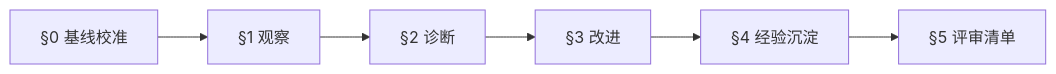
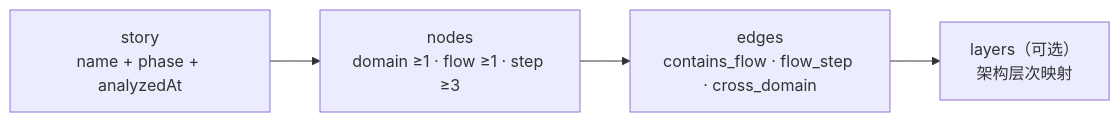
The sixth of 7 diagrams in skills/rui/formulas.md (effiy/YrY), drawn with Mermaid before and after one commit. The commit also changed other lines of this file and 37 other files, not shown here.

````diff
--- a/skills/rui/formulas.md
+++ b/skills/rui/formulas.md
@@ -454,8 +295,6 @@
 ```mermaid
 flowchart LR
-    S0["§0 基线校准"] --> S1["§1 观察"]
-    S1 --> S2["§2 诊断"]
-    S2 --> S3["§3 改进"]
-    S3 --> S4["§4 经验沉淀"]
-    S4 --> S5["§5 评审清单"]
+    S0["story<br/>name + phase + analyzedAt"] --> S1["nodes<br/>domain ≥1 · flow ≥1 · step ≥3"]
+    S1 --> S2["edges<br/>contains_flow · flow_step · cross_domain"]
+    S2 --> S3["layers（可选）<br/>架构层次映射"]
 ```
````
